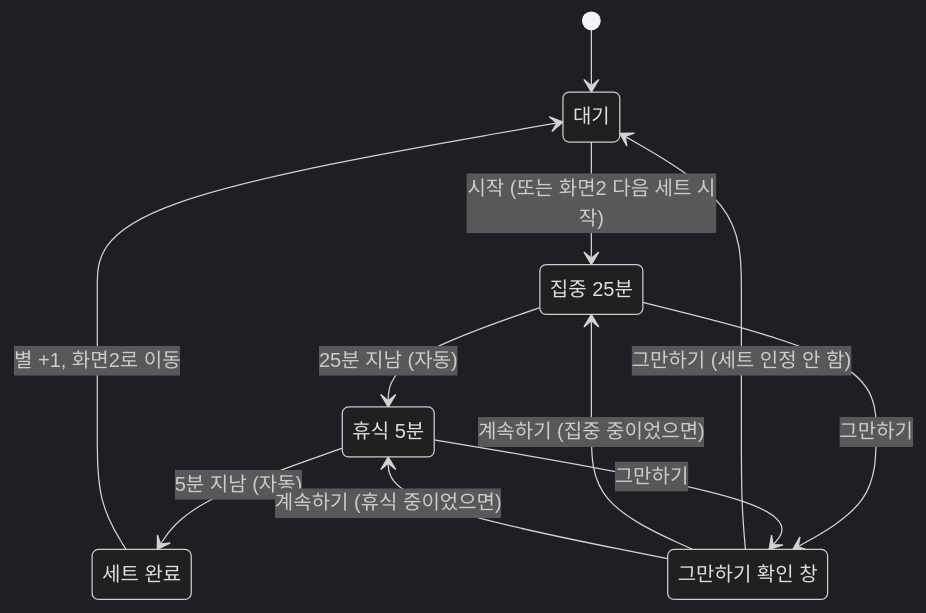
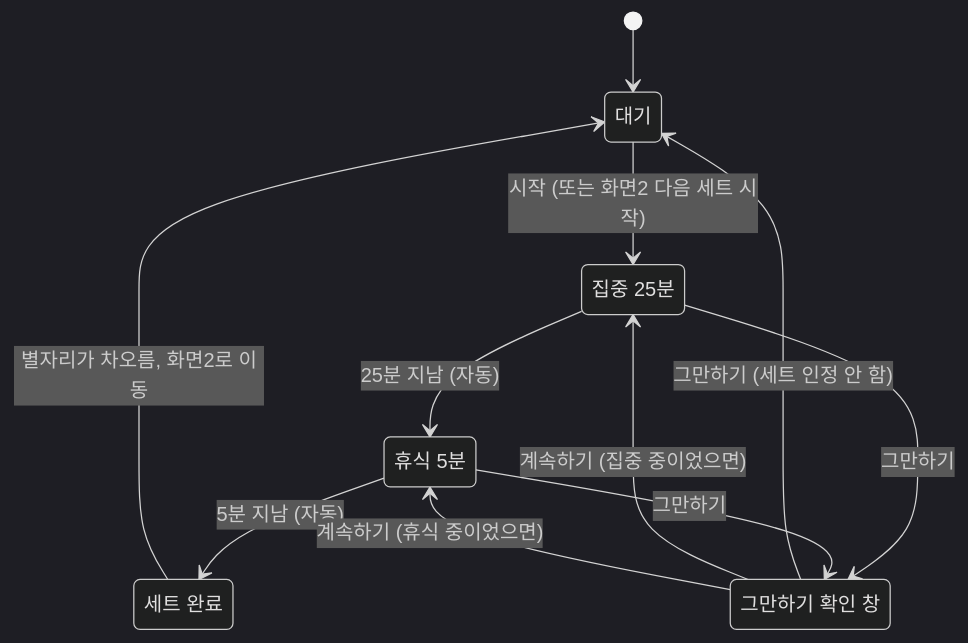
One commit to gachibom-sketch/b_timer changed the second of 2 diagrams in PRD.md. Above: the diagram before and after it, drawn with Mermaid (dark theme). The commit also changed other lines of this file and 1 other file, not shown here.

````diff
--- a/PRD.md
+++ b/PRD.md
@@ -122,19 +123,19 @@
 ```mermaid
 stateDiagram-v2
     state "대기" as idle
     state "집중 25분" as focus
     state "휴식 5분" as rest
     state "그만하기 확인 창" as confirm
     state "세트 완료" as done
 
     [*] --> idle
     idle --> focus: 시작 (또는 화면2 다음 세트 시작)
     focus --> rest: 25분 지남 (자동)
     rest --> done: 5분 지남 (자동)
-    done --> idle: 별 +1, 화면2로 이동
+    done --> idle: 별자리가 차오름, 화면2로 이동
     focus --> confirm: 그만하기
     rest --> confirm: 그만하기
     confirm --> idle: 그만하기 (세트 인정 안 함)
     confirm --> focus: 계속하기 (집중 중이었으면)
     confirm --> rest: 계속하기 (휴식 중이었으면)
 ```
````
